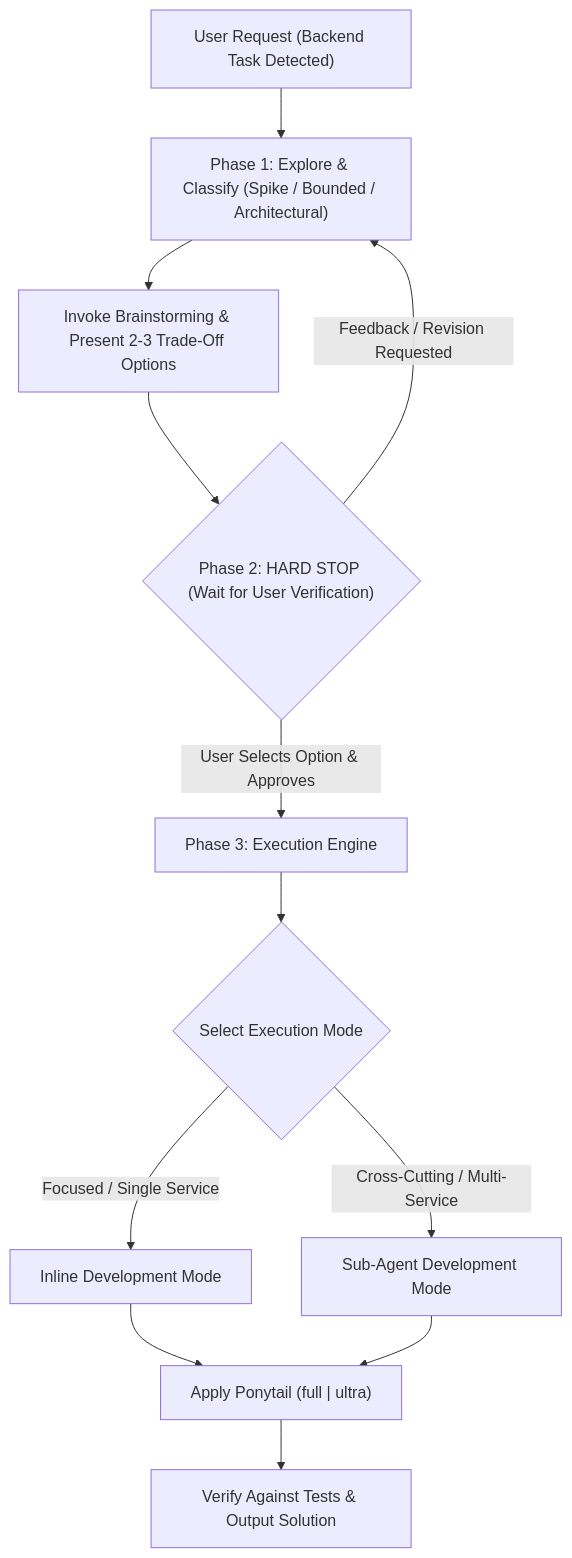
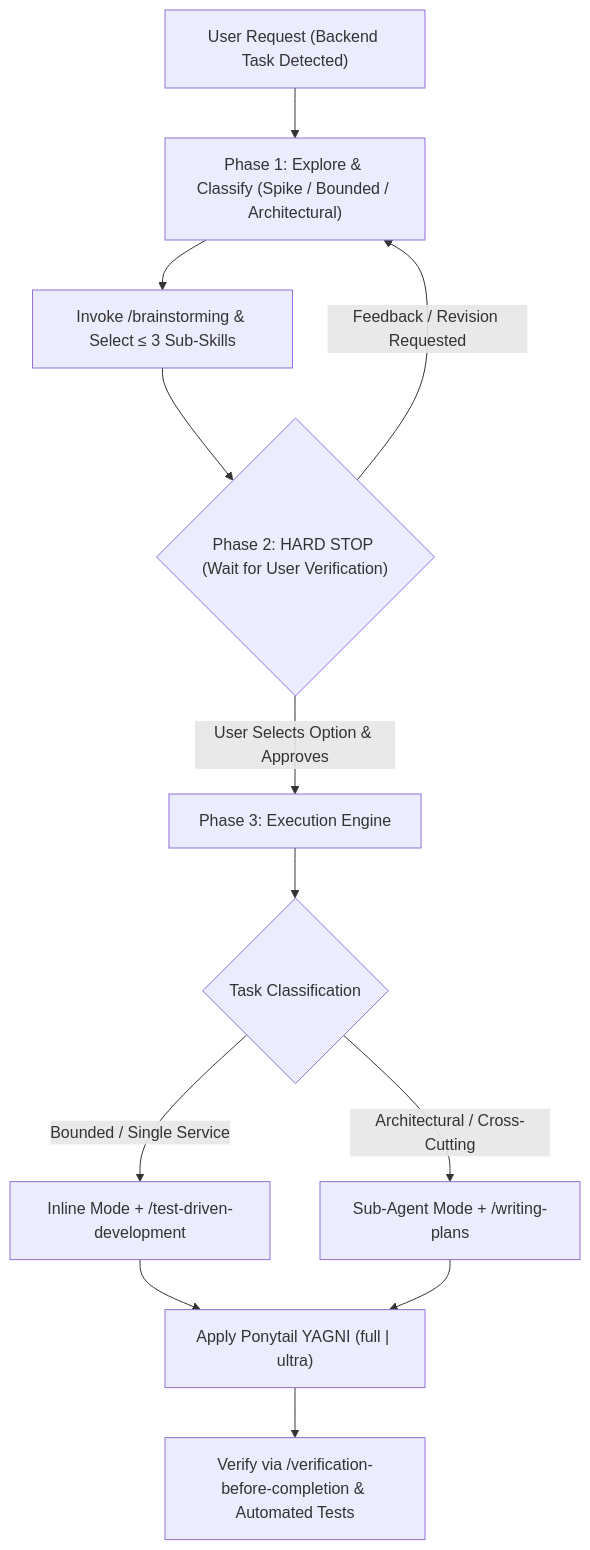
Before and after one commit to vatsalmehta09/Backend-Master: the first of 2 diagrams in README.md, drawn with Mermaid. The commit also changed other lines of this file and 2 other files, not shown here.

Commit message:
docs: align backend-master with brainstorming, writing-skills, and superpowers

````diff
--- a/README.md
+++ b/README.md
@@ -75,14 +75,14 @@
 ```mermaid
 flowchart TD
     A["User Request (Backend Task Detected)"] --> B["Phase 1: Explore & Classify (Spike / Bounded / Architectural)"]
-    B --> C["Invoke Brainstorming & Present 2-3 Trade-Off Options"]
+    B --> C["Invoke /brainstorming & Select ≤ 3 Sub-Skills"]
     C --> D{"Phase 2: HARD STOP (Wait for User Verification)"}
     D -- "User Selects Option & Approves" --> E["Phase 3: Execution Engine"]
     D -- "Feedback / Revision Requested" --> B
-    E --> F{"Select Execution Mode"}
-    F -- "Focused / Single Service" --> G["Inline Development Mode"]
-    F -- "Cross-Cutting / Multi-Service" --> H["Sub-Agent Development Mode"]
-    G --> I["Apply Ponytail (full | ultra)"]
+    E --> F{"Task Classification"}
+    F -- "Bounded / Single Service" --> G["Inline Mode + /test-driven-development"]
+    F -- "Architectural / Cross-Cutting" --> H["Sub-Agent Mode + /writing-plans"]
+    G --> I["Apply Ponytail YAGNI (full | ultra)"]
     H --> I
-    I --> J["Verify Against Tests & Output Solution"]
+    I --> J["Verify via /verification-before-completion & Automated Tests"]
 ```
````
